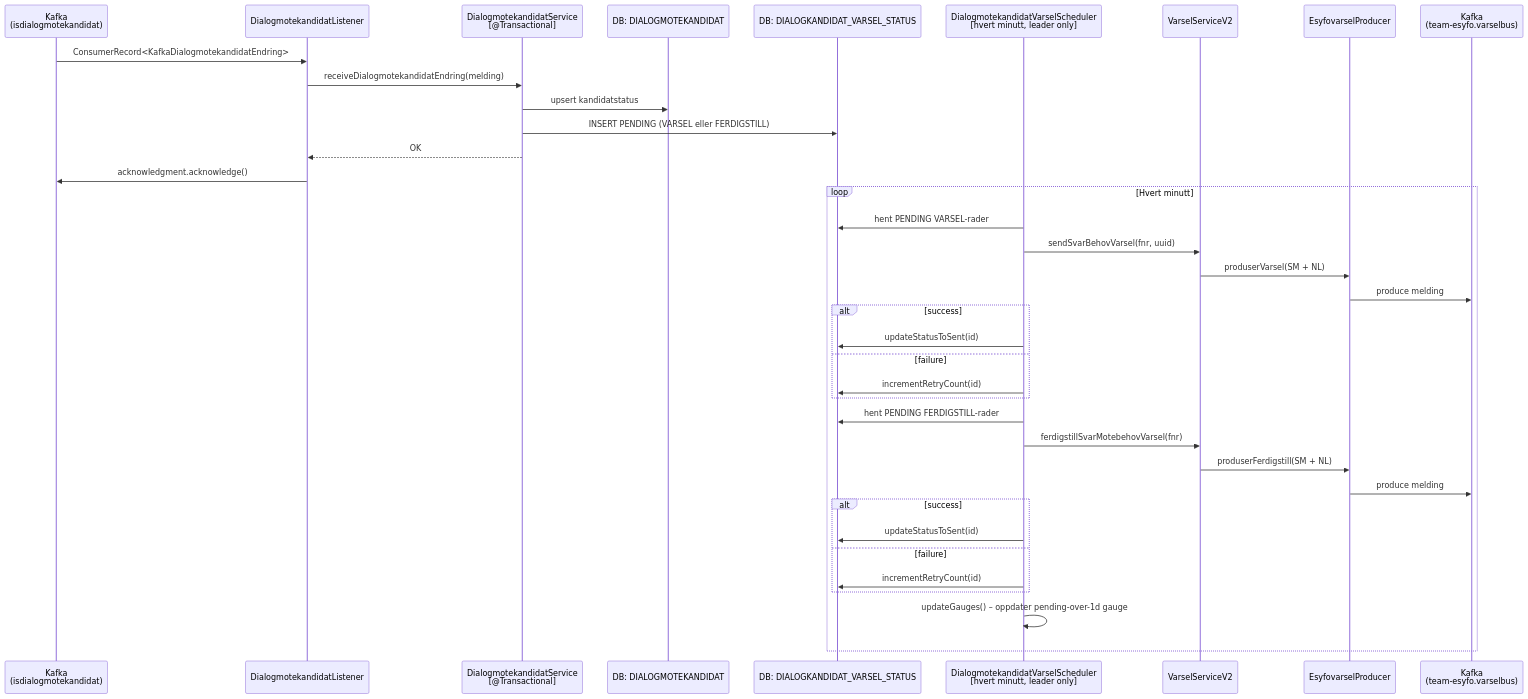
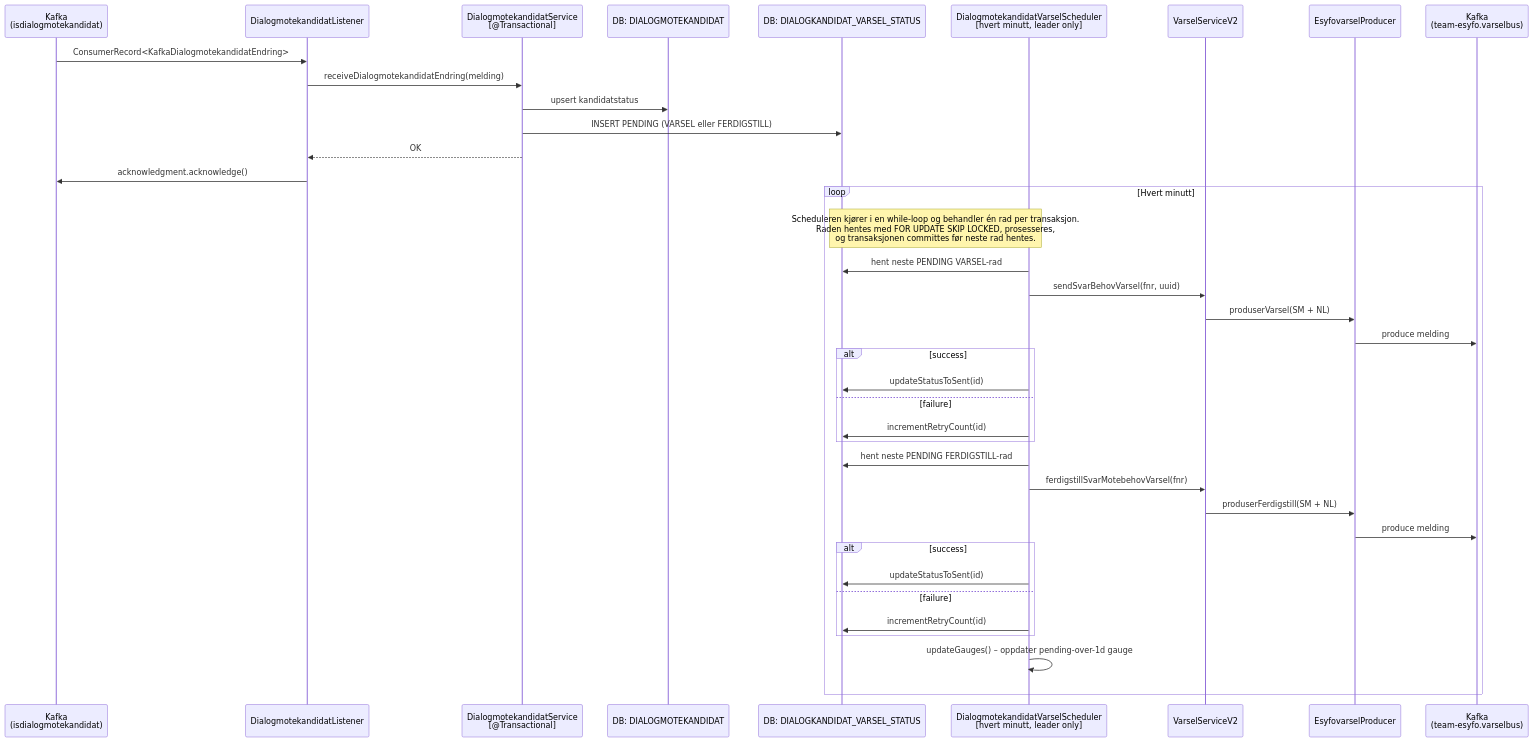
Before and after one commit to navikt/syfomotebehov: the first of 4 diagrams in docs/dialogmotekandidat-varsel-flow.md, drawn with Mermaid. The commit also changed other lines of this file, not shown here.

First line of the commit message:
docs(dialogmotekandidat): oppdater varsel-flyt for outbox

````diff
--- a/docs/dialogmotekandidat-varsel-flow.md
+++ b/docs/dialogmotekandidat-varsel-flow.md
@@ -26,43 +26,44 @@
 ```mermaid
 sequenceDiagram
     participant K as Kafka<br/>(isdialogmotekandidat)
     participant L as DialogmotekandidatListener
     participant S as DialogmotekandidatService<br/>[@Transactional]
     participant DB_K as DB: DIALOGMOTEKANDIDAT
     participant DB_V as DB: DIALOGKANDIDAT_VARSEL_STATUS
     participant Sched as DialogmotekandidatVarselScheduler<br/>[hvert minutt, leader only]
     participant VS as VarselServiceV2
     participant EP as EsyfovarselProducer
     participant KB as Kafka<br/>(team-esyfo.varselbus)
 
     K->>L: ConsumerRecord<KafkaDialogmotekandidatEndring>
     L->>S: receiveDialogmotekandidatEndring(melding)
     S->>DB_K: upsert kandidatstatus
     S->>DB_V: INSERT PENDING (VARSEL eller FERDIGSTILL)
     S-->>L: OK
     L->>K: acknowledgment.acknowledge()
 
     loop Hvert minutt
-        Sched->>DB_V: hent PENDING VARSEL-rader
+        Note over Sched,DB_V: Scheduleren kjører i en while-loop og behandler én rad per transaksjon.<br/>Raden hentes med FOR UPDATE SKIP LOCKED, prosesseres,<br/>og transaksjonen committes før neste rad hentes.
+        Sched->>DB_V: hent neste PENDING VARSEL-rad
         Sched->>VS: sendSvarBehovVarsel(fnr, uuid)
         VS->>EP: produserVarsel(SM + NL)
         EP->>KB: produce melding
         alt success
             Sched->>DB_V: updateStatusToSent(id)
         else failure
             Sched->>DB_V: incrementRetryCount(id)
         end
 
-        Sched->>DB_V: hent PENDING FERDIGSTILL-rader
+        Sched->>DB_V: hent neste PENDING FERDIGSTILL-rad
         Sched->>VS: ferdigstillSvarMotebehovVarsel(fnr)
         VS->>EP: produserFerdigstill(SM + NL)
         EP->>KB: produce melding
         alt success
             Sched->>DB_V: updateStatusToSent(id)
         else failure
             Sched->>DB_V: incrementRetryCount(id)
         end
 
         Sched->>Sched: updateGauges() – oppdater pending-over-1d gauge
     end
 ```
````
